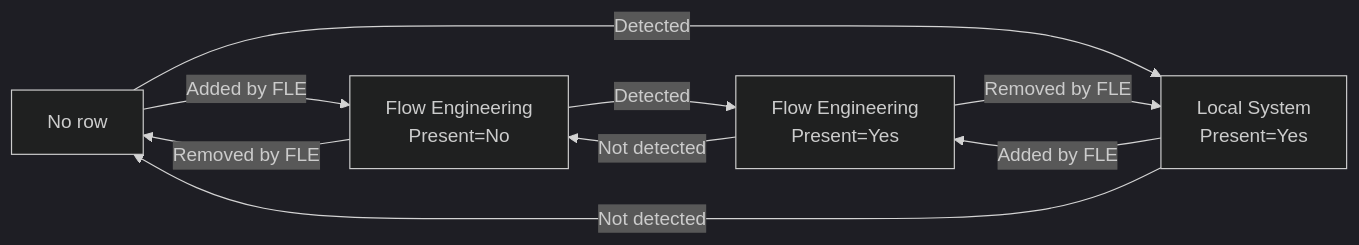
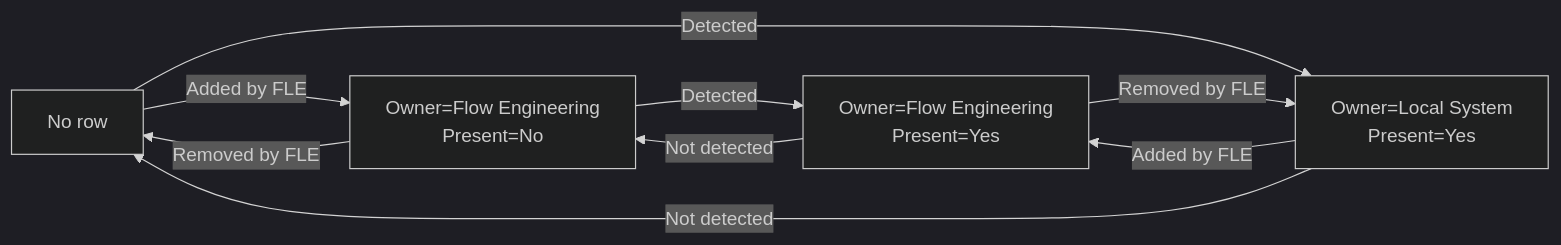
The diagram in README.md (SkylineCommunications/SLC-C-Example_Flow-Engineering), drawn with Mermaid (dark theme) before and after one commit.

Commit message:
small update

````diff
--- a/README.md
+++ b/README.md
@@ -178,16 +178,16 @@
 ```mermaid
 flowchart LR
 A[No row]
-B[Flow Engineering<br>Present=No]
-C[Flow Engineering<br>Present=Yes]
-D[Local System<br>Present=Yes]
+B[Owner=Flow Engineering<br>Present=No]
+C[Owner=Flow Engineering<br>Present=Yes]
+D[Owner=Local System<br>Present=Yes]
 
 A -->|Added by FLE| B
+A -->|Detected| D
 B -->|Removed by FLE| A
 B -->|Detected| C
 C -->|Not detected| B
+C -->|Removed by FLE| D
 D -->|Added by FLE| C
-A -->|Detected| D
 D -->|Not detected| A
-C -->|Removed by FLE| D
 ```
````
